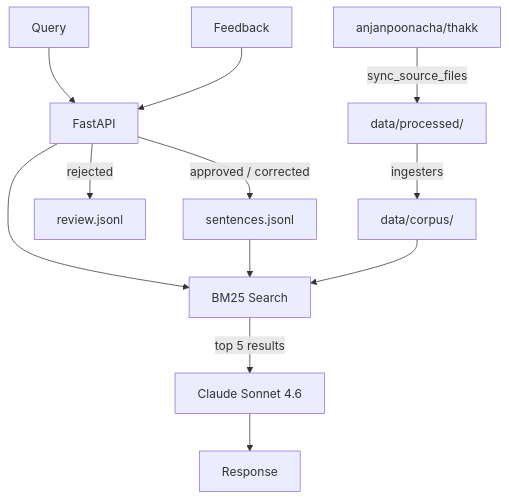
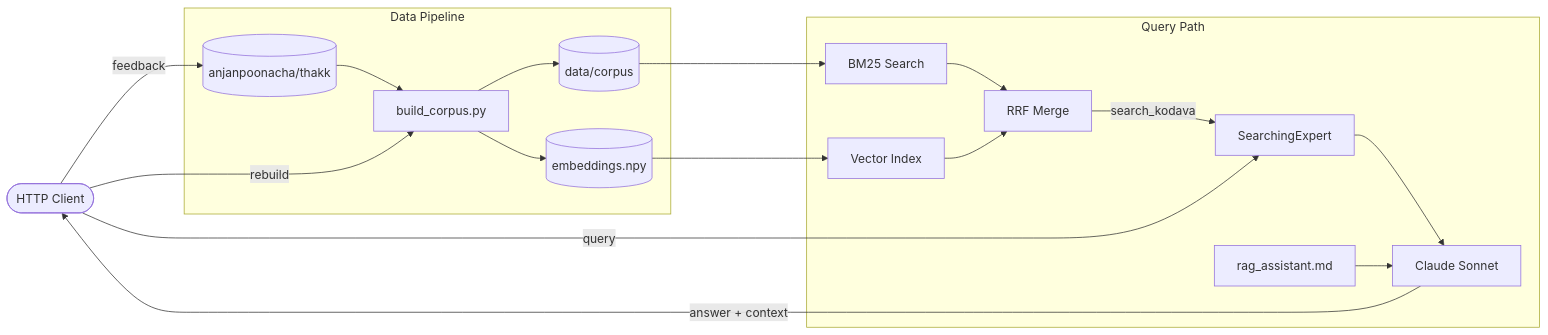
Before and after one commit to anjanpoonacha/kodava-rag: the diagram in README.md, drawn with Mermaid. The commit also changed other lines of this file, not shown here.

Commit message:
fix: update architecture diagram and data flow in README for clarity

````diff
--- a/README.md
+++ b/README.md
@@ -30,16 +30,35 @@
 ```mermaid
-graph TD
-    Q[Query] --> API[FastAPI]
-    API --> BM25[BM25 Search]
-    BM25 -->|top 5 results| LLM[Claude Sonnet 4.6]
-    LLM --> R[Response]
+graph LR
+    CLIENT([HTTP Client])
 
-    FB[Feedback] --> API
-    API -->|approved / corrected| S[sentences.jsonl]
-    API -->|rejected| RV[review.jsonl]
-    S --> BM25
+    subgraph DATA["Data Pipeline"]
+        THAKK[(anjanpoonacha/thakk)]
+        INGEST[build_corpus.py]
+        CORPUS[(data/corpus)]
+        EMBED[(embeddings.npy)]
+        THAKK --> INGEST
+        INGEST --> CORPUS
+        INGEST --> EMBED
+    end
 
-    THAKK[anjanpoonacha/thakk] -->|sync_source_files| PROC[data/processed/]
-    PROC -->|ingesters| CRP[data/corpus/]
-    CRP --> BM25
+    subgraph QUERY["Query Path"]
+        BM25[BM25 Search]
+        DENSE[Vector Index]
+        RRF[RRF Merge]
+        AGENT[SearchingExpert]
+        PROMPT[rag_assistant.md]
+        CLAUDE[Claude Sonnet]
+        CORPUS --> BM25
+        EMBED --> DENSE
+        BM25 --> RRF
+        DENSE --> RRF
+        RRF -->|search_kodava| AGENT
+        AGENT --> CLAUDE
+        PROMPT --> CLAUDE
+    end
+
+    CLIENT -->|query| AGENT
+    CLAUDE -->|answer + context| CLIENT
+    CLIENT -->|feedback| THAKK
+    CLIENT -->|rebuild| INGEST
 ```
````
